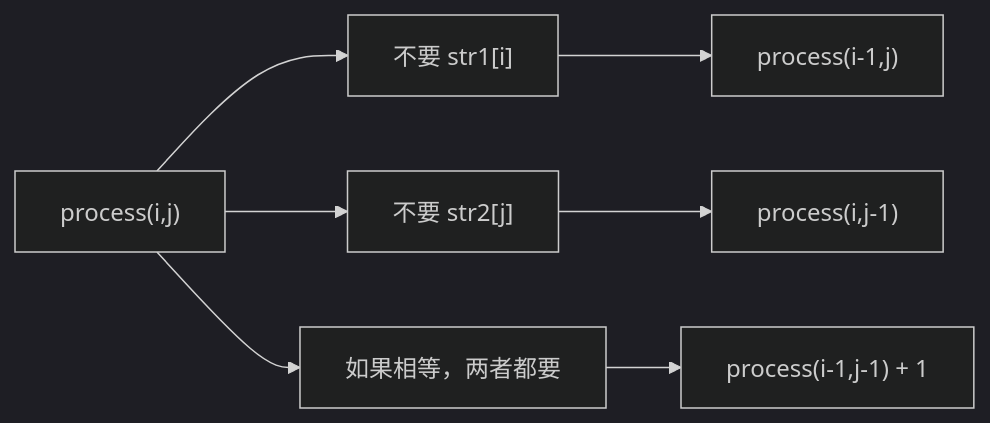
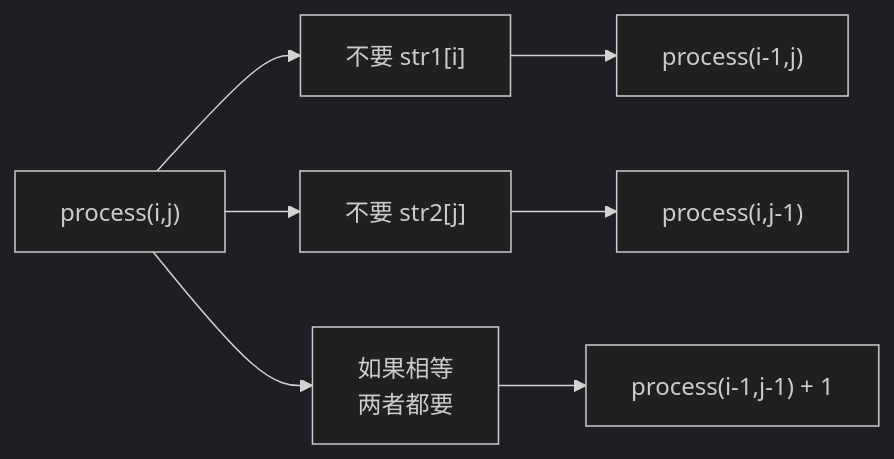
One commit to freeedoooooo/algs changed the second of 3 diagrams in my-notes/01-基础巩固/13-暴力递归到动态规划2-尝试模型/14-尝试模型3-多样本位置全对应-最长公共子序列.md. Above: the diagram before and after it, drawn with Mermaid (dark theme). The commit also changed other lines of this file, not shown here.

````diff
--- a/my-notes/01-基础巩固/13-暴力递归到动态规划2-尝试模型/14-尝试模型3-多样本位置全对应-最长公共子序列.md
+++ b/my-notes/01-基础巩固/13-暴力递归到动态规划2-尝试模型/14-尝试模型3-多样本位置全对应-最长公共子序列.md
@@ -110,9 +119,9 @@
 ```mermaid
 graph LR
     A["process(i,j)"] --> B["不要 str1[i]"]
     A --> C["不要 str2[j]"]
-    A --> D["如果相等，两者都要"]
+    A --> D["如果相等<br/>两者都要"]
     B --> E["process(i-1,j)"]
     C --> F["process(i,j-1)"]
     D --> G["process(i-1,j-1) + 1"]
 ```
````
